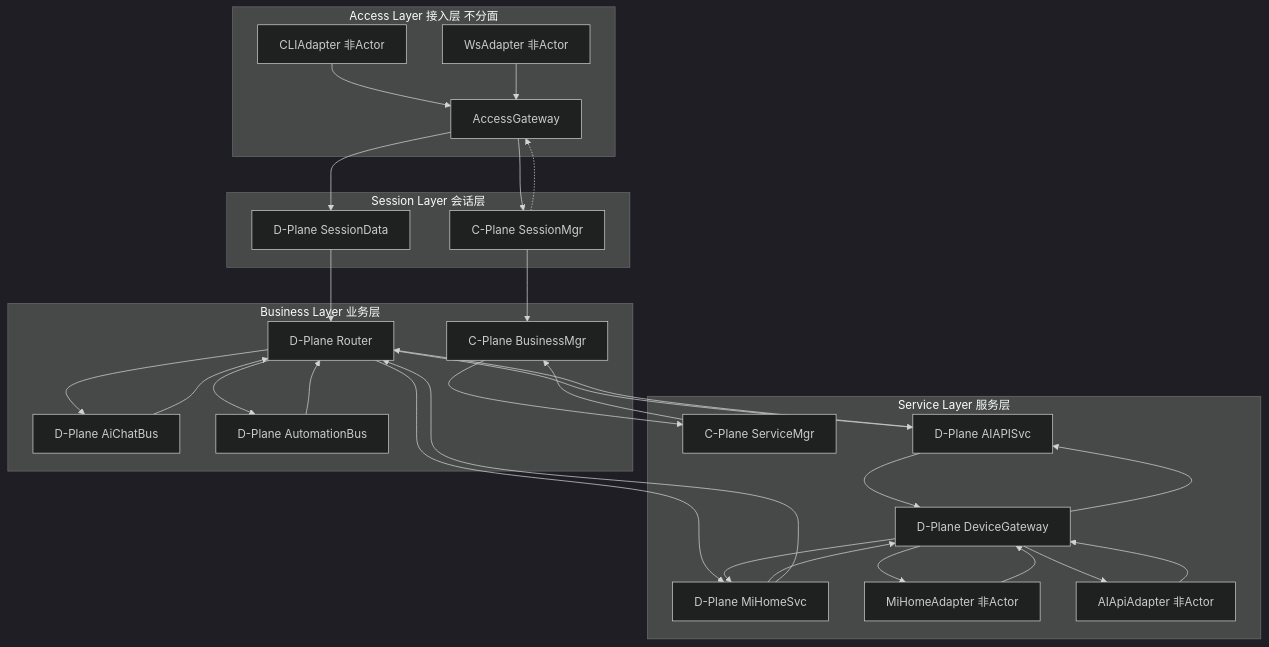
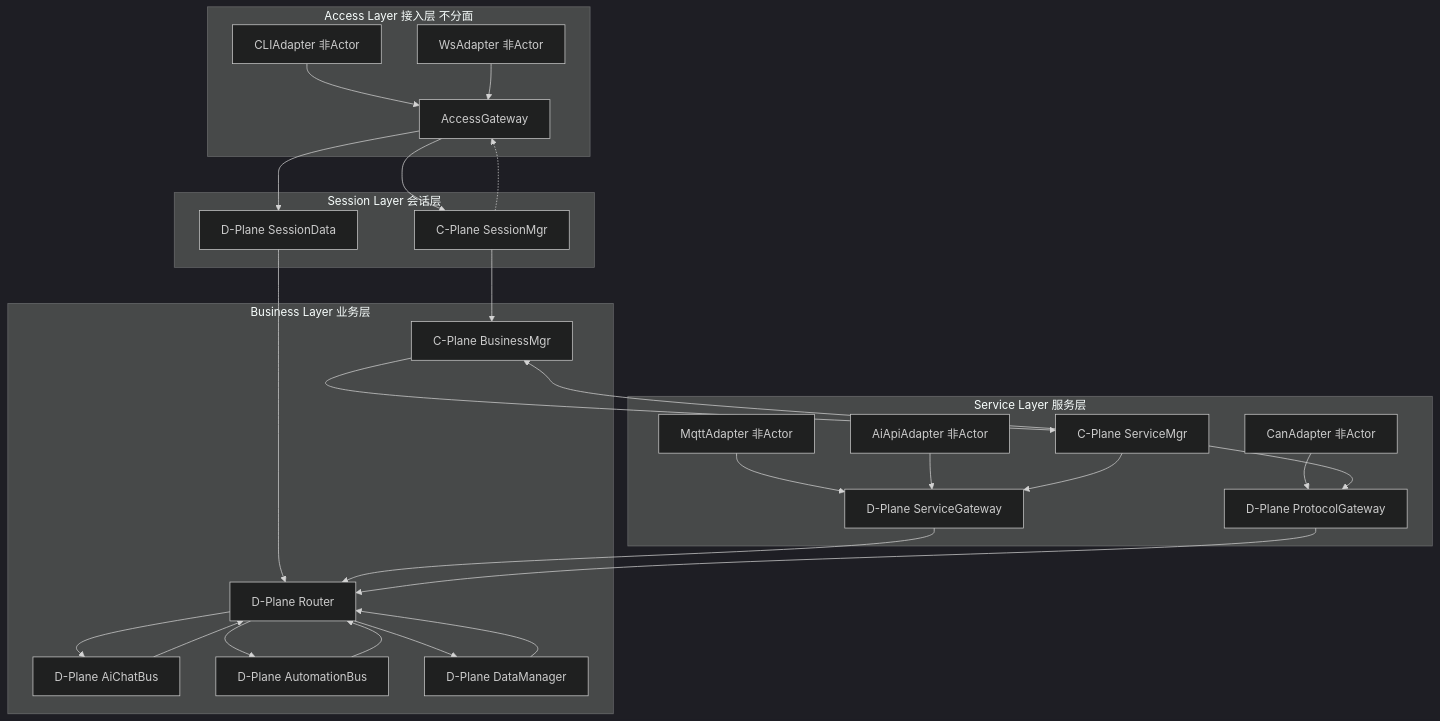
Before and after one commit to yun-qilong/flow_hub: the first of 4 diagrams in README.md, drawn with Mermaid (dark theme). The commit also changed other lines of this file and 41 other files, not shown here.

````diff
--- a/README.md
+++ b/README.md
@@ -96,55 +96,53 @@
 ```mermaid
 graph TB
     subgraph Access["Access Layer 接入层 不分面"]
         CLI["CLIAdapter 非Actor"]
         WS["WsAdapter 非Actor"]
         AG["AccessGateway"]
         CLI --> AG
         WS --> AG
     end
 
     subgraph Session["Session Layer 会话层"]
         SM["C-Plane SessionMgr"]
         SD["D-Plane SessionData"]
     end
 
     subgraph Business["Business Layer 业务层"]
         BM["C-Plane BusinessMgr"]
         R["D-Plane Router"]
         AI["D-Plane AiChatBus"]
         AU["D-Plane AutomationBus"]
+        DM["D-Plane DataManager"]
     end
 
     subgraph Service["Service Layer 服务层"]
         SVM["C-Plane ServiceMgr"]
-        APISvc["D-Plane AIAPISvc"]
-        MiSvc["D-Plane MiHomeSvc"]
-        DG["D-Plane DeviceGateway"]
-        MiAd["MiHomeAdapter 非Actor"]
-        APIAd["AIApiAdapter 非Actor"]
+        SG["D-Plane ServiceGateway"]
+        PG["D-Plane ProtocolGateway"]
+        MqttAd["MqttAdapter 非Actor"]
+        ApiAd["AiApiAdapter 非Actor"]
+        CanAd["CanAdapter 非Actor"]
     end
 
     AG --> SM
     AG --> SD
     SM --> BM
     SM -.-> AG
     BM --> SVM
     SVM --> BM
     SD --> R
     R --> AI
     R --> AU
+    R --> DM
     AI --> R
     AU --> R
-    R --> APISvc
-    R --> MiSvc
-    APISvc --> DG
-    MiSvc --> DG
-    DG --> APIAd
-    DG --> MiAd
-    APIAd --> DG
-    MiAd --> DG
-    DG --> APISvc
-    DG --> MiSvc
-    APISvc --> R
-    MiSvc --> R
+    DM --> R
+    MqttAd --> SG
+    ApiAd --> SG
+    CanAd --> PG
+    SG --> R
+    PG --> R
+    SVM --> SG
+    SVM --> PG
 ```
````
